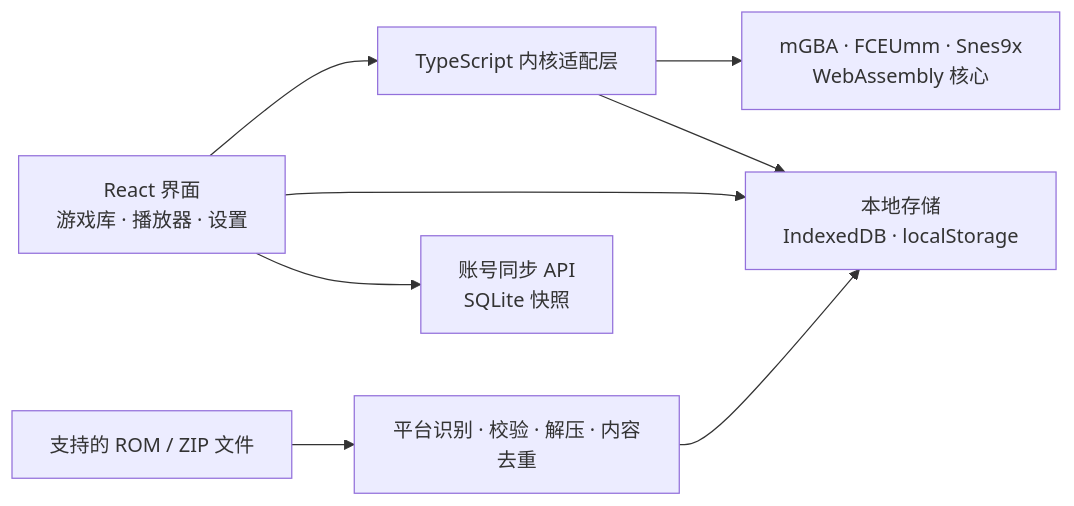
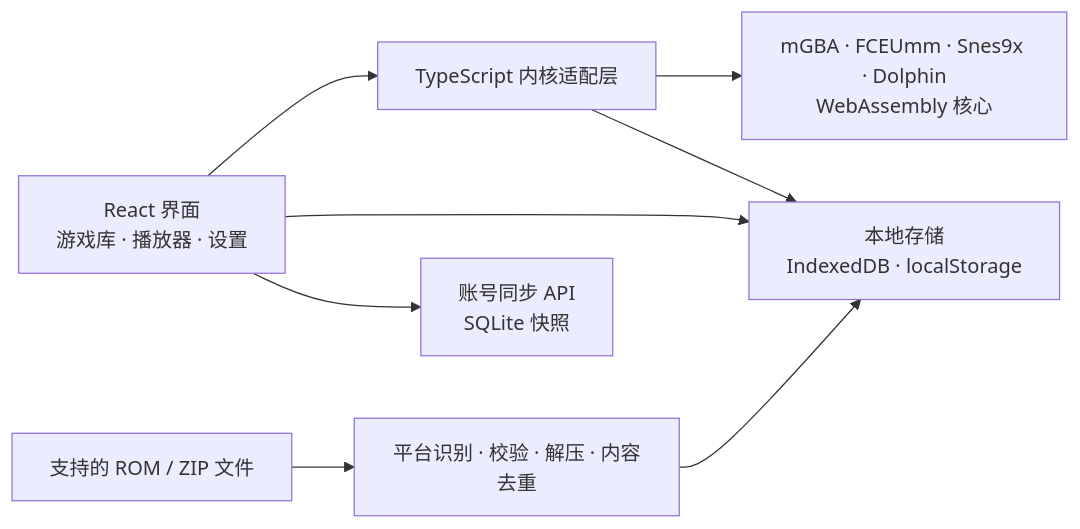
Before and after one commit to hehuang139/Orbitra: the diagram in README.md, drawn with Mermaid. The commit also changed other lines of this file and 84 other files, not shown here.

````diff
--- a/README.md
+++ b/README.md
@@ -257,10 +259,10 @@
 ```mermaid
 flowchart LR
     A[React 界面<br/>游戏库 · 播放器 · 设置] --> B[TypeScript 内核适配层]
-    B --> C[mGBA · FCEUmm · Snes9x<br/>WebAssembly 核心]
+    B --> C[mGBA · FCEUmm · Snes9x · Dolphin<br/>WebAssembly 核心]
     A --> D[本地存储<br/>IndexedDB · localStorage]
     A --> G[账号同步 API<br/>SQLite 快照]
     B --> D
     E[支持的 ROM / ZIP 文件] --> F[平台识别 · 校验 · 解压 · 内容去重]
     F --> D
 ```
````
